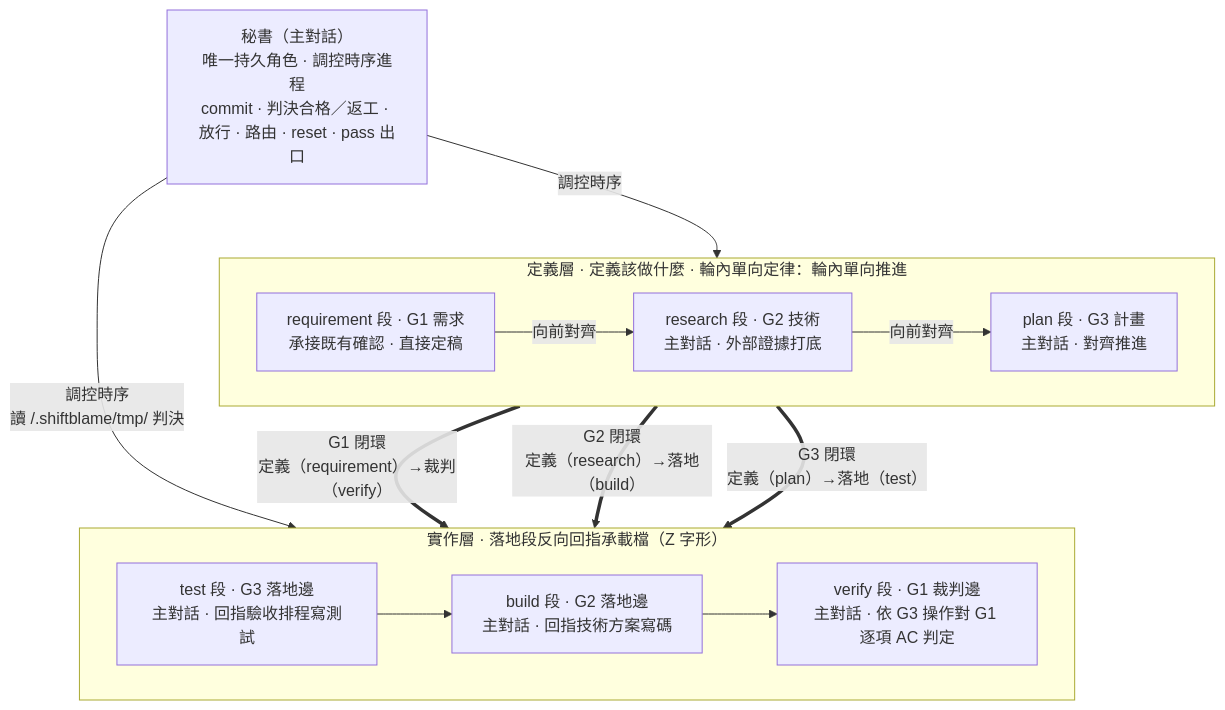
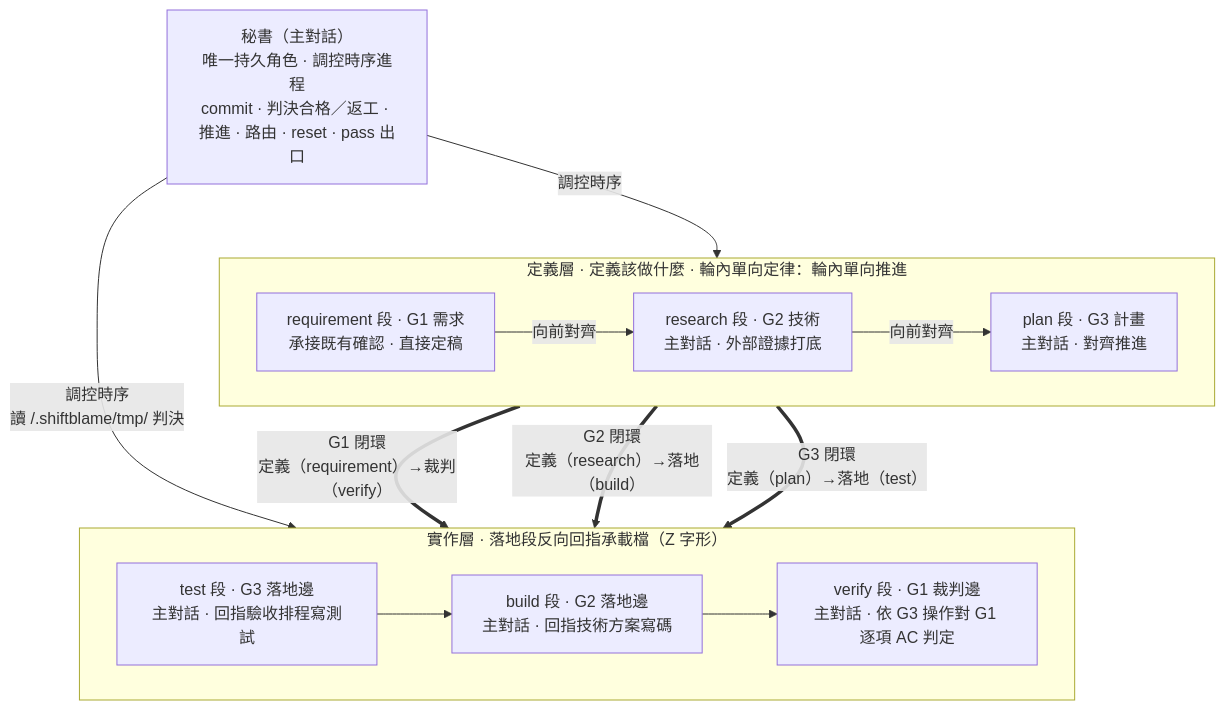
Before and after one commit to teps3105/shiftblame: the third of 4 diagrams in skills/shiftblame/SKILL.md, drawn with Mermaid. The commit also changed other lines of this file and 31 other files, not shown here.

````diff
--- a/skills/shiftblame/SKILL.md
+++ b/skills/shiftblame/SKILL.md
@@ -188,19 +187,19 @@
 ```mermaid
 flowchart TB
-    SEC["秘書（主對話）<br/>唯一持久角色 · 調控時序進程<br/>commit · 判決合格／返工 · 放行 · 路由 · reset · pass 出口"]
+    SEC["秘書（主對話）<br/>唯一持久角色 · 調控時序進程<br/>commit · 判決合格／返工 · 推進 · 路由 · reset · pass 出口"]
     subgraph Consult["定義層 · 定義該做什麼 · 輪內單向定律：輪內單向推進"]
         direction LR
         G1["requirement 段 · G1 需求<br/>承接既有確認 · 直接定稿"] -->|向前對齊| G2["research 段 · G2 技術<br/>主對話 · 外部證據打底"]
         G2 -->|向前對齊| G3["plan 段 · G3 計畫<br/>主對話 · 對齊推進"]
     end
     subgraph Build["實作層 · 落地段反向回指承載檔（Z 字形）"]
         direction LR
         TST["test 段 · G3 落地邊<br/>主對話 · 回指驗收排程寫測試"] --> DEV["build 段 · G2 落地邊<br/>主對話 · 回指技術方案寫碼"]
         DEV --> ACC["verify 段 · G1 裁判邊<br/>主對話 · 依 G3 操作對 G1 逐項 AC 判定"]
     end
     SEC -- 調控時序 --> Consult
     SEC -- 調控時序<br/>讀 <repo>/.shiftblame/tmp/ 判決 --> Build
     G1 == "G1 閉環<br/>定義（requirement）→裁判（verify）" ==> ACC
     G2 == "G2 閉環<br/>定義（research）→落地（build）" ==> DEV
     G3 == "G3 閉環<br/>定義（plan）→落地（test）" ==> TST
 ```
````
